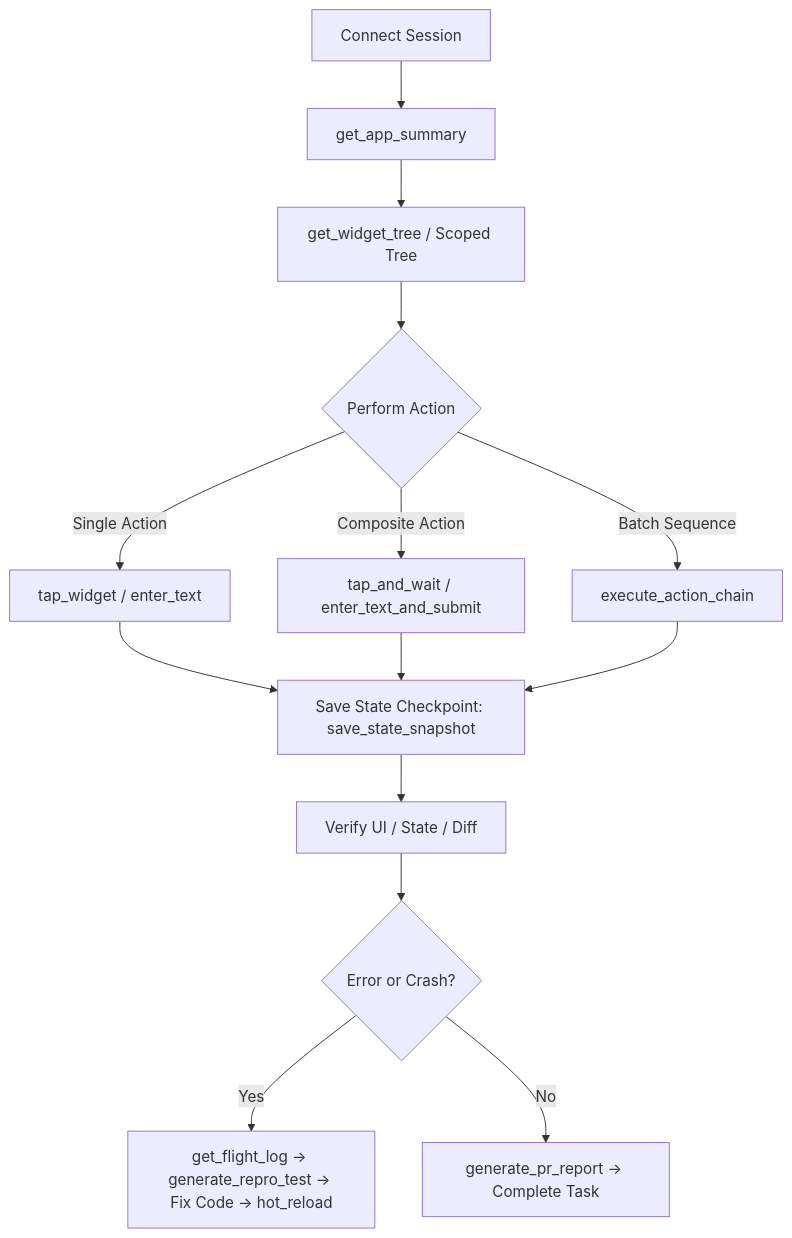
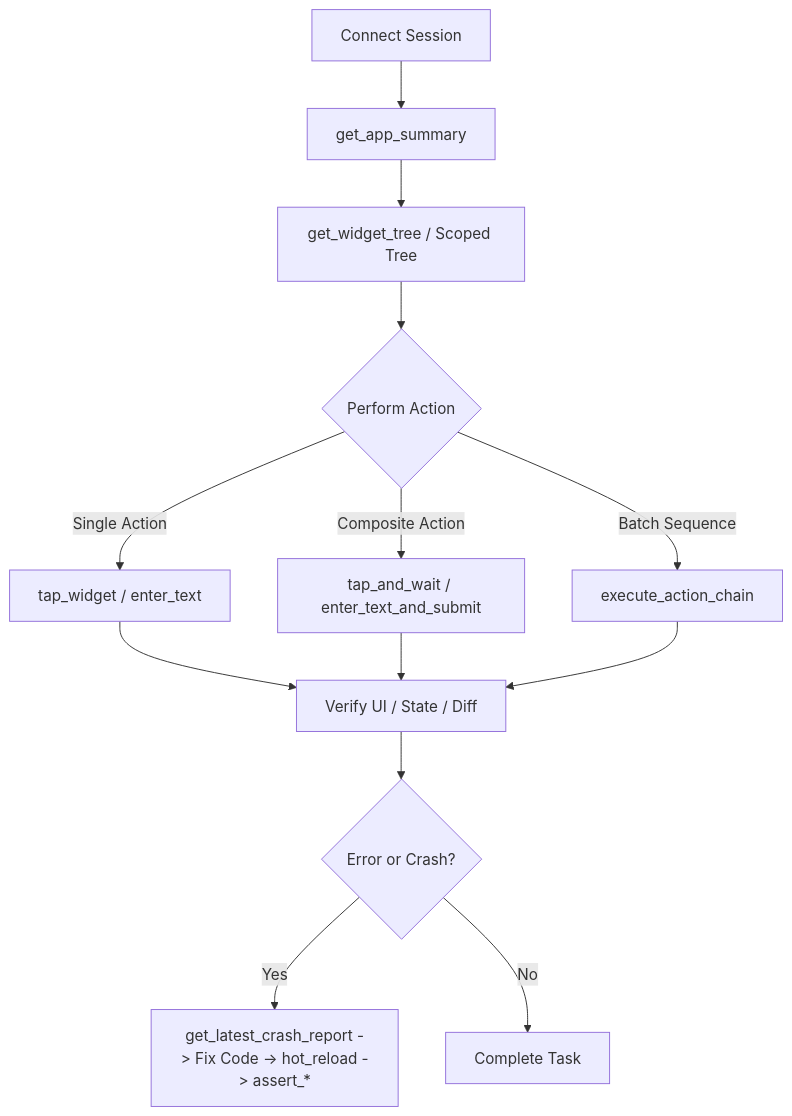
The diagram in skills/flutterpilot/SKILL.md (abugeek/FlutterPilot), drawn with Mermaid before and after one commit. The commit also changed other lines of this file and 47 other files, not shown here.

````diff
--- a/skills/flutterpilot/SKILL.md
+++ b/skills/flutterpilot/SKILL.md
@@ -26,14 +23,13 @@
 ```mermaid
 flowchart TD
     A[Connect Session] --> B[get_app_summary]
     B --> C[get_widget_tree / Scoped Tree]
     C --> D{Perform Action}
     D -->|Single Action| E[tap_widget / enter_text]
     D -->|Composite Action| F[tap_and_wait / enter_text_and_submit]
     D -->|Batch Sequence| G[execute_action_chain]
-    E & F & G --> H[Save State Checkpoint: save_state_snapshot]
-    H --> I[Verify UI / State / Diff]
+    E & F & G --> I[Verify UI / State / Diff]
     I --> J{Error or Crash?}
-    J -- Yes --> K[get_flight_log -> generate_repro_test -> Fix Code -> hot_reload]
-    J -- No --> L[generate_pr_report -> Complete Task]
+    J -- Yes --> K[get_latest_crash_report -> Fix Code -> hot_reload -> assert_*]
+    J -- No --> L[Complete Task]
 ```
````
